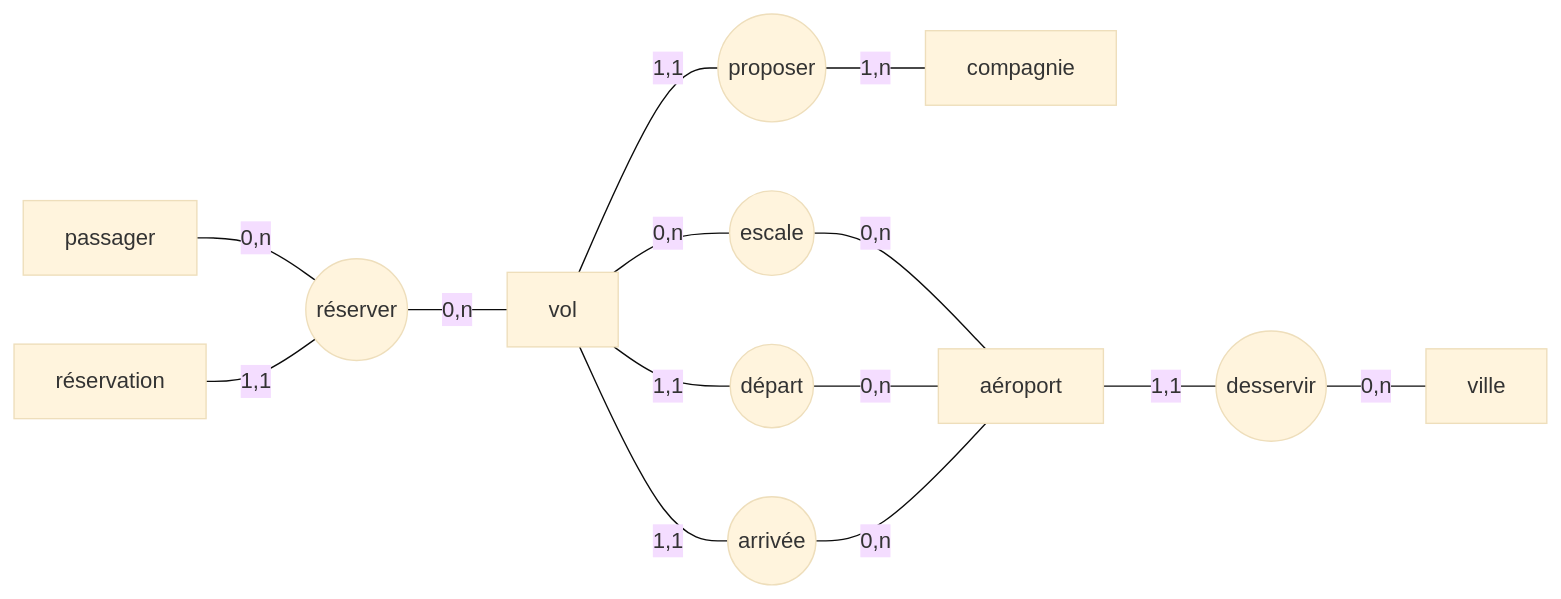
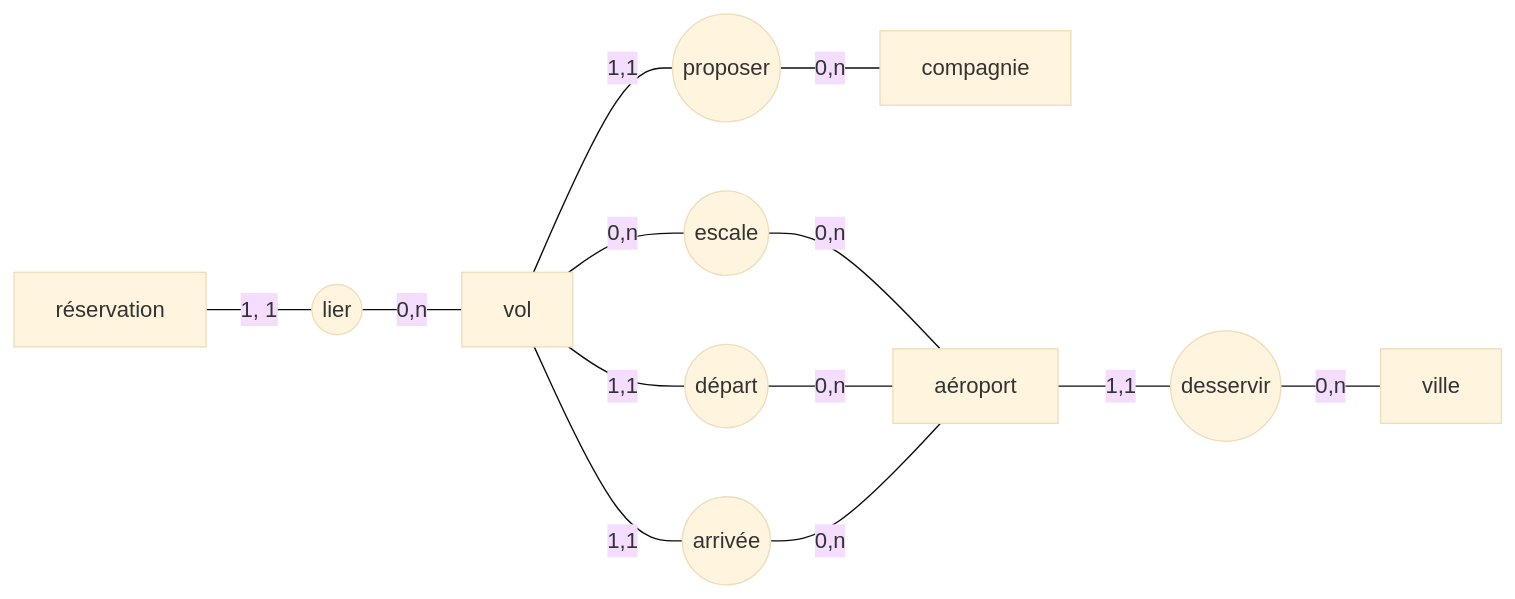
Before and after one commit to bedfir/travel: the diagram in travel.md, drawn with Mermaid (base theme).

Commit message:
update mcd

````diff
--- a/travel.md
+++ b/travel.md
@@ -77,16 +77,17 @@
 ```mermaid
+
 graph LR
-A[passager] --0,n --- B((réserver))
+
+A[réservation] --1, 1 --- B((lier))
 B --0,n --- D[vol]
-C[réservation] --1,1 --- B
 D-- 1,1 ---E((proposer))
-E -- 1,n --- F[compagnie]
+E -- 0,n --- F[compagnie]
 D --1,1--- G((départ))
 D --1,1--- H((arrivée))
 D --0,n--- I((escale))
 I --0,n--- J[aéroport]
 G --0,n--- J
 H --0,n--- J
 J --1,1--- K((desservir))
 K --0,n---L[ville]
 ```
````
